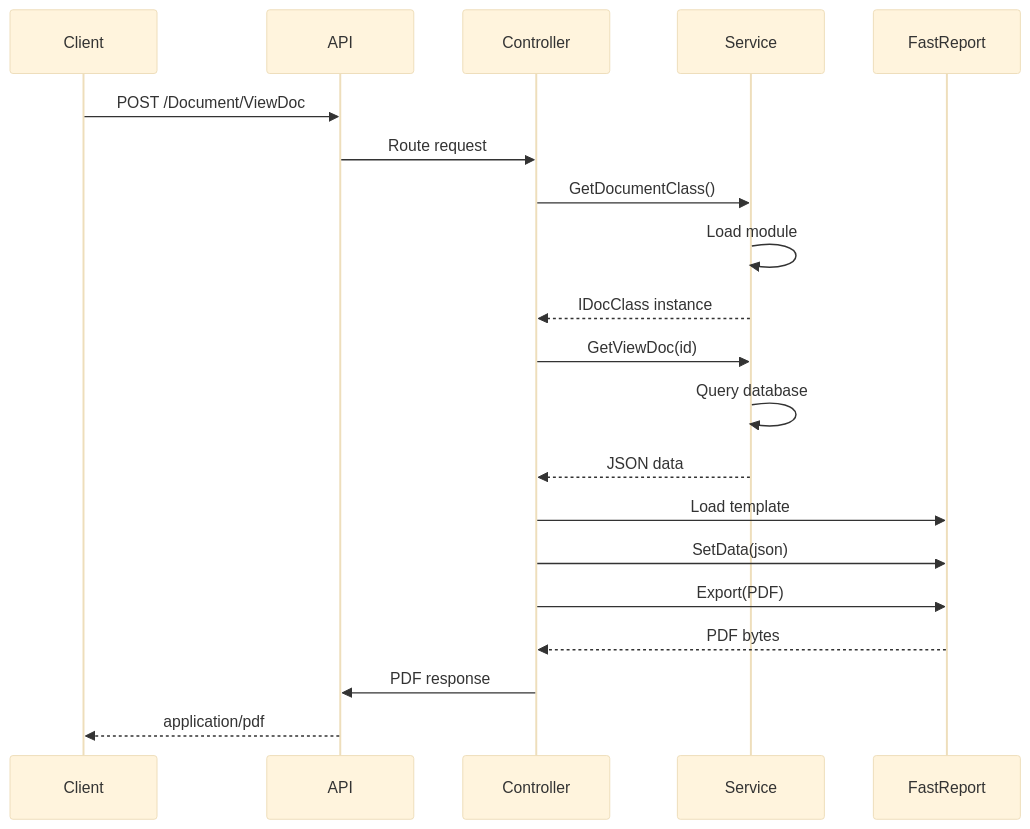
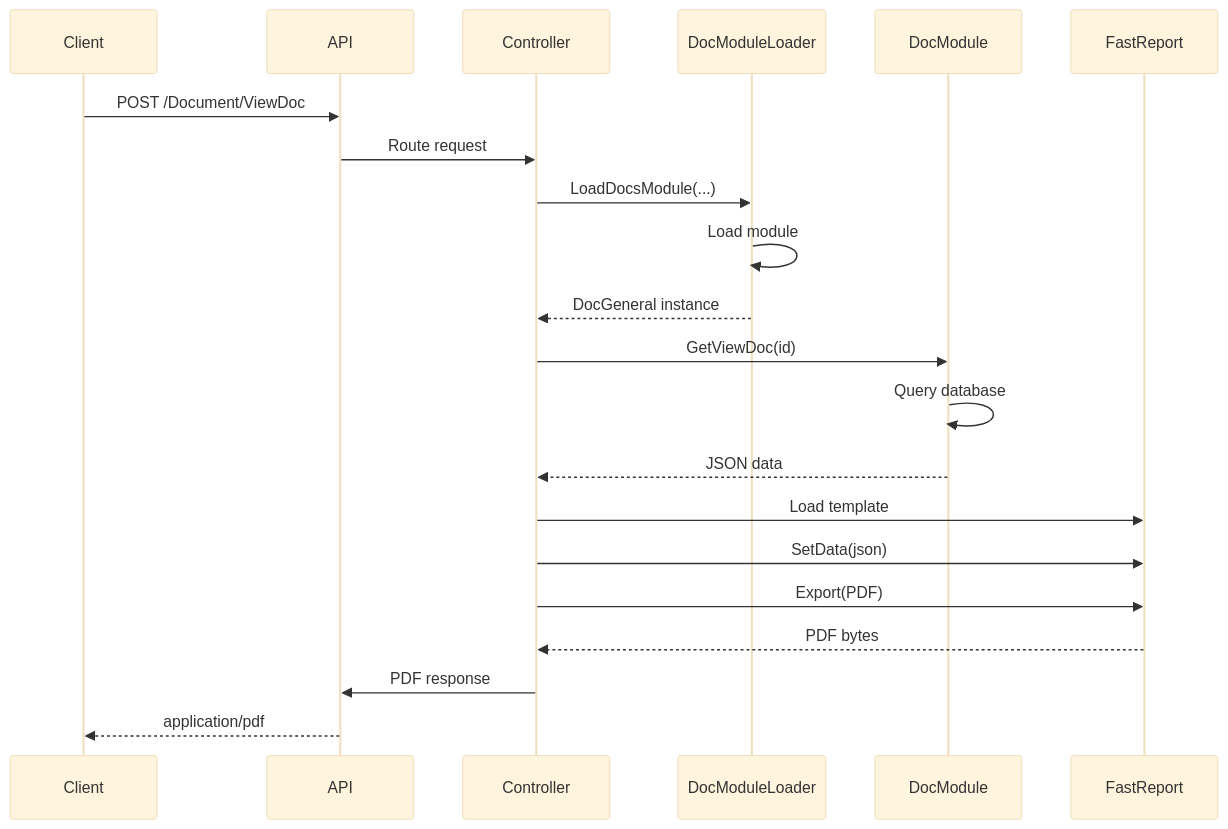
The diagram in docs/api/endpoints.md (tn-ivk/tn-doc), drawn with Mermaid (base theme) before and after one commit. The commit also changed other lines of this file and 9 other files, not shown here.

````diff
--- a/docs/api/endpoints.md
+++ b/docs/api/endpoints.md
@@ -609,26 +609,27 @@
 ```mermaid
 sequenceDiagram
     participant Client
     participant API
     participant Controller
-    participant Service
+    participant DocModuleLoader
+    participant DocModule
     participant FastReport
 
     Client->>API: POST /Document/ViewDoc
     API->>Controller: Route request
-    Controller->>Service: GetDocumentClass()
-    Service->>Service: Load module
-    Service-->>Controller: IDocClass instance
+    Controller->>DocModuleLoader: LoadDocsModule(...)
+    DocModuleLoader->>DocModuleLoader: Load module
+    DocModuleLoader-->>Controller: DocGeneral instance
 
-    Controller->>Service: GetViewDoc(id)
-    Service->>Service: Query database
-    Service-->>Controller: JSON data
+    Controller->>DocModule: GetViewDoc(id)
+    DocModule->>DocModule: Query database
+    DocModule-->>Controller: JSON data
 
     Controller->>FastReport: Load template
     Controller->>FastReport: SetData(json)
     Controller->>FastReport: Export(PDF)
     FastReport-->>Controller: PDF bytes
 
     Controller->>API: PDF response
     API-->>Client: application/pdf
 ```
````
